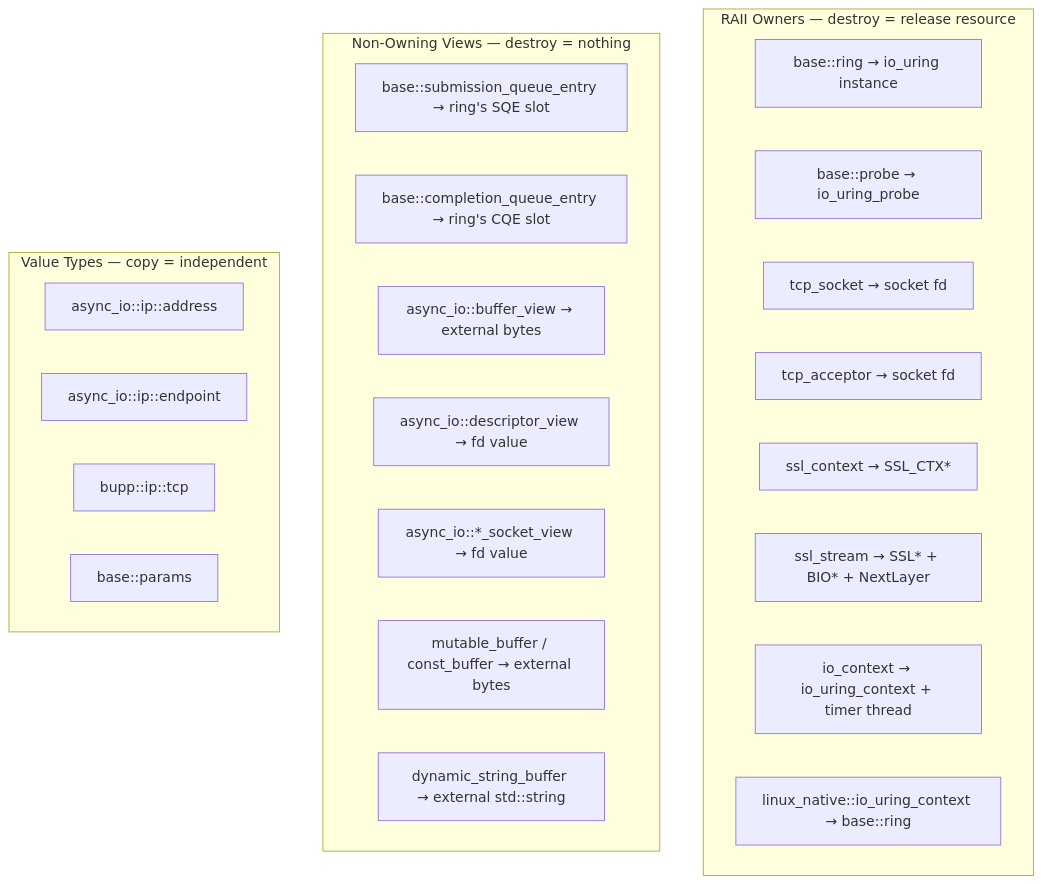
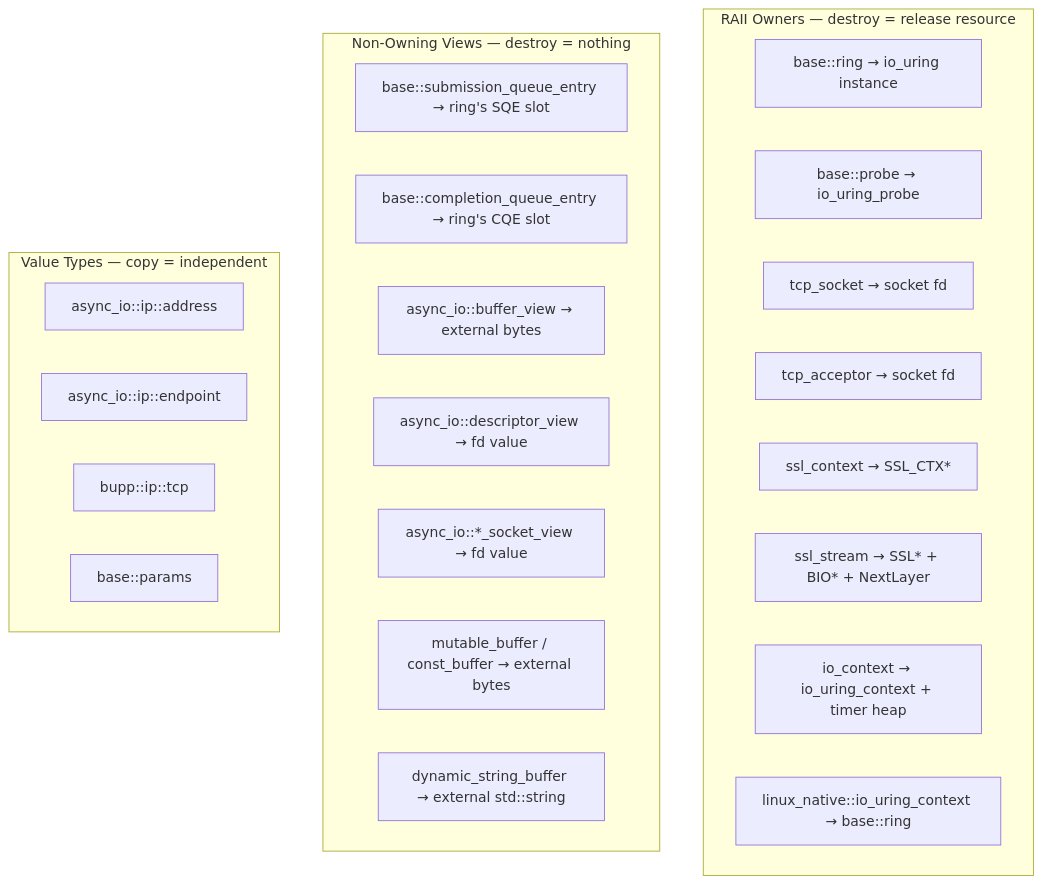
Before and after one commit to haomingbai/bnio: the first of 2 diagrams in docs/design/lifecycle.md, drawn with Mermaid. The commit also changed other lines of this file and 8 other files, not shown here.

Commit message:
feat: add heap-based steady timer support

````diff
--- a/docs/design/lifecycle.md
+++ b/docs/design/lifecycle.md
@@ -12,30 +12,30 @@
 ```mermaid
 graph TB
     subgraph OWN["RAII Owners — destroy = release resource"]
         O1["base::ring → io_uring instance"]
         O2["base::probe → io_uring_probe"]
         O3["tcp_socket → socket fd"]
         O4["tcp_acceptor → socket fd"]
         O5["ssl_context → SSL_CTX*"]
         O6["ssl_stream → SSL* + BIO* + NextLayer"]
-        O7["io_context → io_uring_context + timer thread"]
+        O7["io_context → io_uring_context + timer heap"]
         O8["linux_native::io_uring_context → base::ring"]
     end
 
     subgraph VIEW["Non-Owning Views — destroy = nothing"]
         V1["base::submission_queue_entry → ring's SQE slot"]
         V2["base::completion_queue_entry → ring's CQE slot"]
         V3["async_io::buffer_view → external bytes"]
         V4["async_io::descriptor_view → fd value"]
         V5["async_io::*_socket_view → fd value"]
         V6["mutable_buffer / const_buffer → external bytes"]
         V7["dynamic_string_buffer → external std::string"]
     end
 
     subgraph VAL["Value Types — copy = independent"]
         VL1["async_io::ip::address"]
         VL2["async_io::ip::endpoint"]
         VL3["bupp::ip::tcp"]
         VL4["base::params"]
     end
 ```
````
